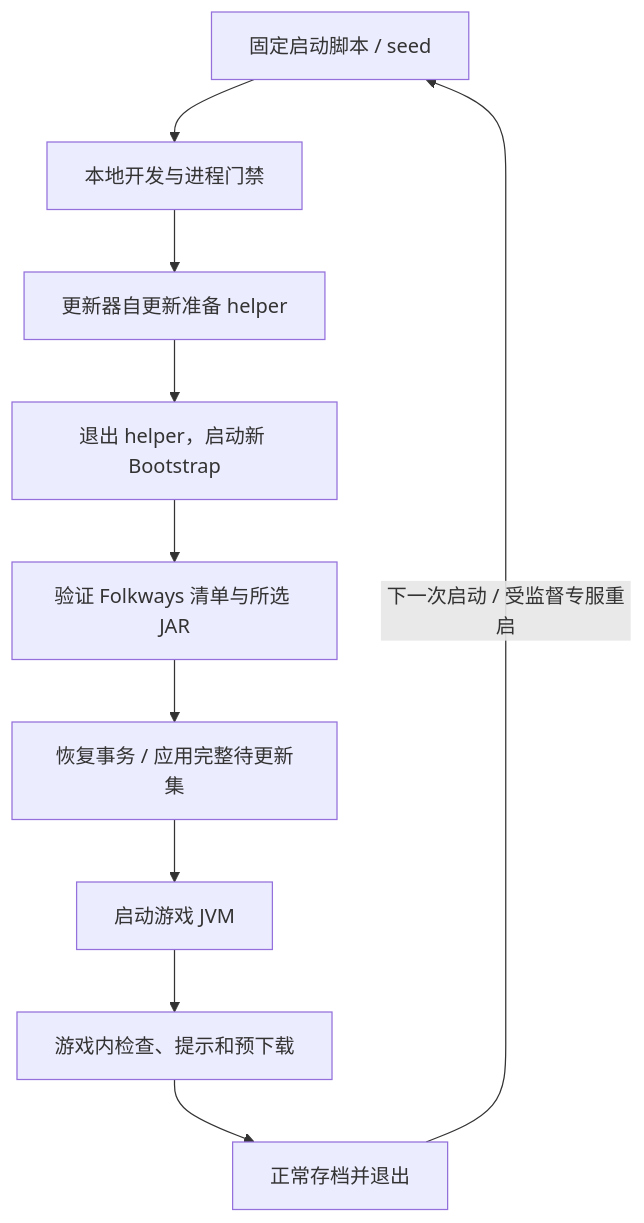
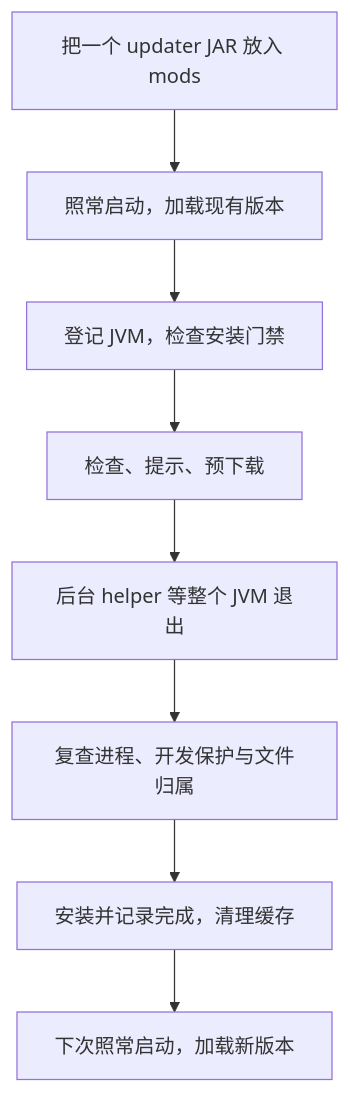
The diagram in README.md (davisye/update-folkways), drawn with Mermaid before and after one commit. The commit also changed other lines of this file and 27 other files, not shown here.

````diff
--- a/README.md
+++ b/README.md
@@ -44,12 +45,10 @@
 ```mermaid
 flowchart TD
-    A[固定启动脚本 / seed] --> B[本地开发与进程门禁]
-    B --> C[更新器自更新准备 helper]
-    C --> D[退出 helper，启动新 Bootstrap]
-    D --> E[验证 Folkways 清单与所选 JAR]
-    E --> F[恢复事务 / 应用完整待更新集]
-    F --> G[启动游戏 JVM]
-    G --> H[游戏内检查、提示和预下载]
-    H --> I[正常存档并退出]
-    I -->|下一次启动 / 受监督专服重启| A
+    A[把一个 updater JAR 放入 mods] --> B[照常启动，加载现有版本]
+    B --> C[登记 JVM，检查安装门禁]
+    C --> D[检查、提示、预下载]
+    D --> E[后台 helper 等整个 JVM 退出]
+    E --> F[复查进程、开发保护与文件归属]
+    F --> G[安装并记录完成，清理缓存]
+    G --> H[下次照常启动，加载新版本]
 ```
````
